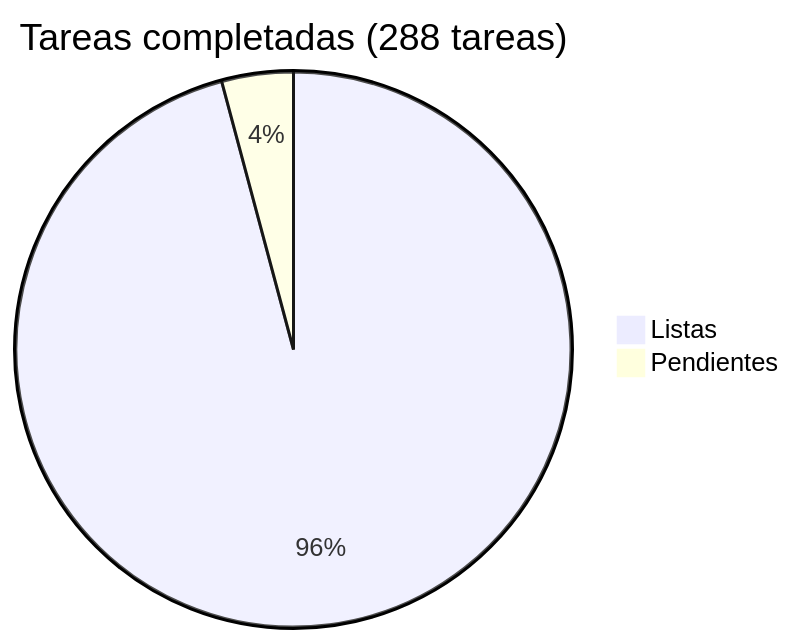
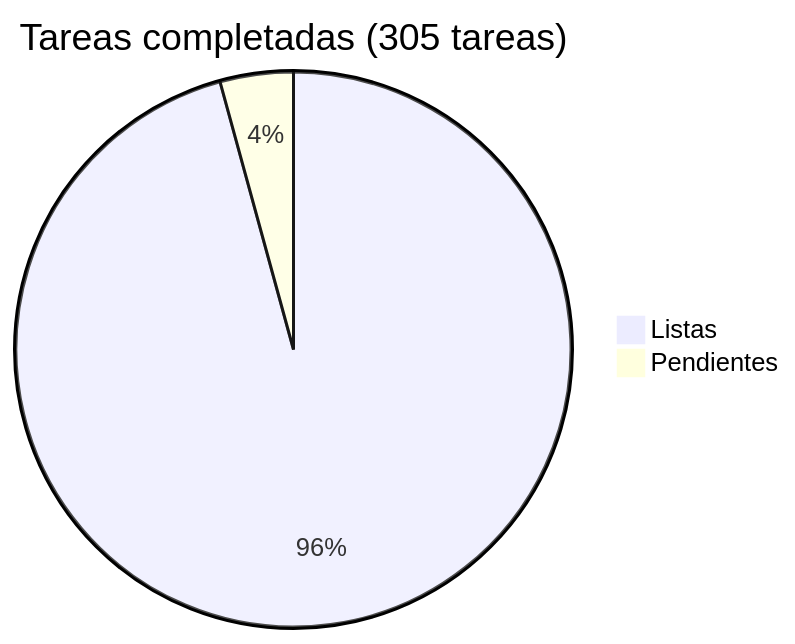
One commit to araguaney-lat/araguaney changed the diagram in docs/roadmap/README.md. Above: the diagram before and after it, drawn with Mermaid. The commit also changed other lines of this file and 33 other files, not shown here.

````diff
--- a/docs/roadmap/README.md
+++ b/docs/roadmap/README.md
@@ -5,5 +5,5 @@
 ```mermaid
-pie title Tareas completadas (288 tareas)
-    "Listas" : 276
-    "Pendientes" : 12
+pie title Tareas completadas (305 tareas)
+    "Listas" : 292
+    "Pendientes" : 13
 ```
````
